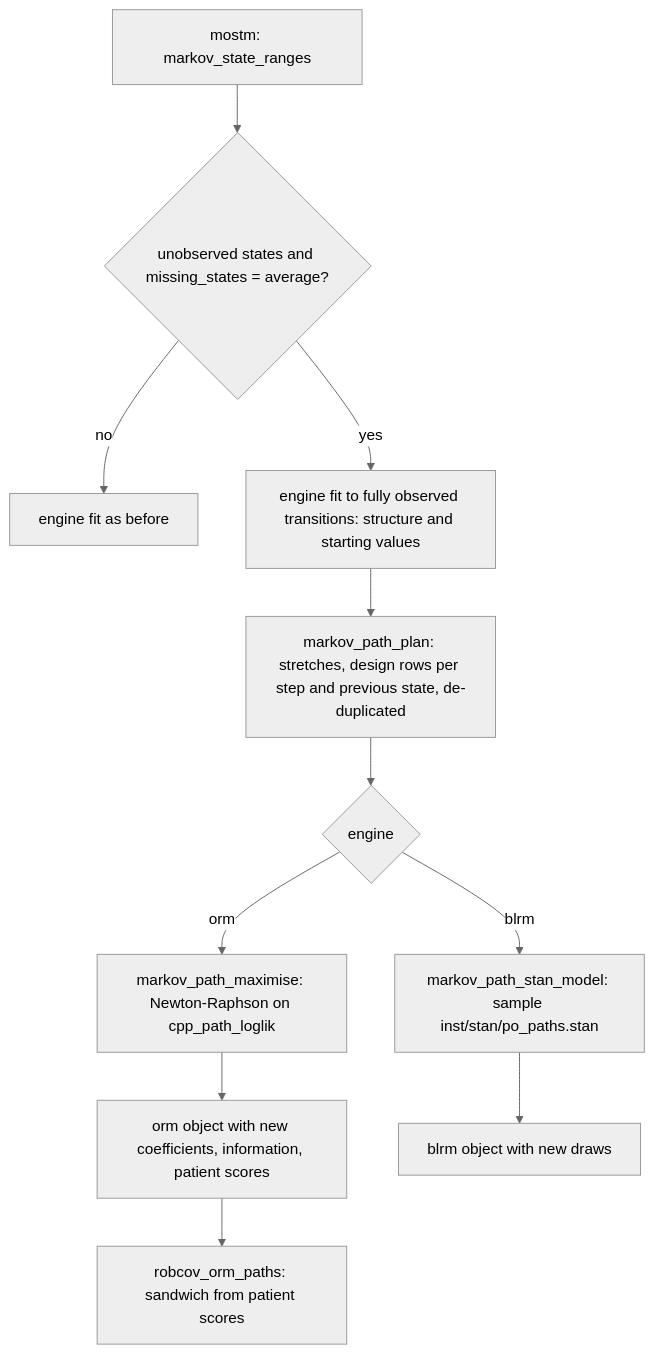
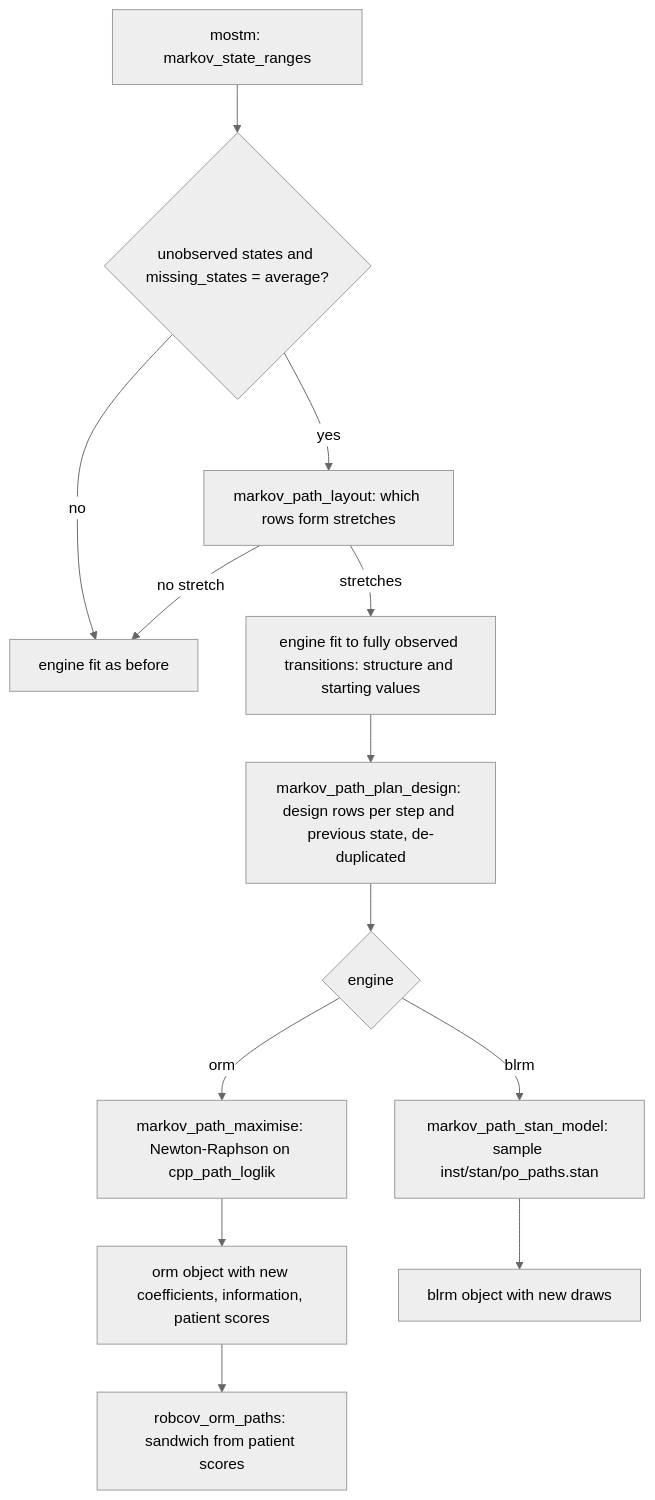
Before and after one commit to scjohannes/mostr: the third of 5 diagrams in ARCHITECTURE.md, drawn with Mermaid (neutral theme). The commit also changed other lines of this file and 15 other files, not shown here.

````diff
--- a/ARCHITECTURE.md
+++ b/ARCHITECTURE.md
@@ -547,13 +554,15 @@
 ```mermaid
 flowchart TD
     A[mostm: markov_state_ranges] --> B{unobserved states and missing_states = average?}
     B -->|no| C[engine fit as before]
-    B -->|yes| D[engine fit to fully observed transitions: structure and starting values]
-    D --> E[markov_path_plan: stretches, design rows per step and previous state, de-duplicated]
+    B -->|yes| L[markov_path_layout: which rows form stretches]
+    L -->|no stretch| C
+    L -->|stretches| D[engine fit to fully observed transitions: structure and starting values]
+    D --> E[markov_path_plan_design: design rows per step and previous state, de-duplicated]
     E --> F{engine}
     F -->|orm| G[markov_path_maximise: Newton-Raphson on cpp_path_loglik]
     F -->|blrm| H[markov_path_stan_model: sample inst/stan/po_paths.stan]
     G --> I[orm object with new coefficients, information, patient scores]
     H --> J[blrm object with new draws]
     I --> K[robcov_orm_paths: sandwich from patient scores]
 ```
````
